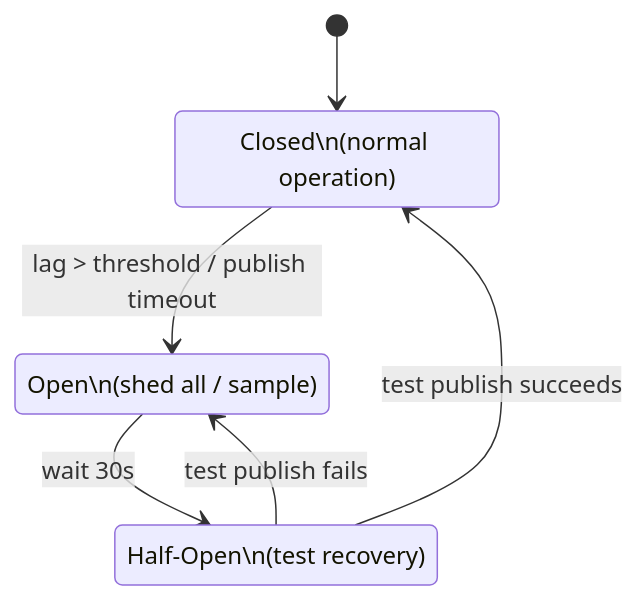
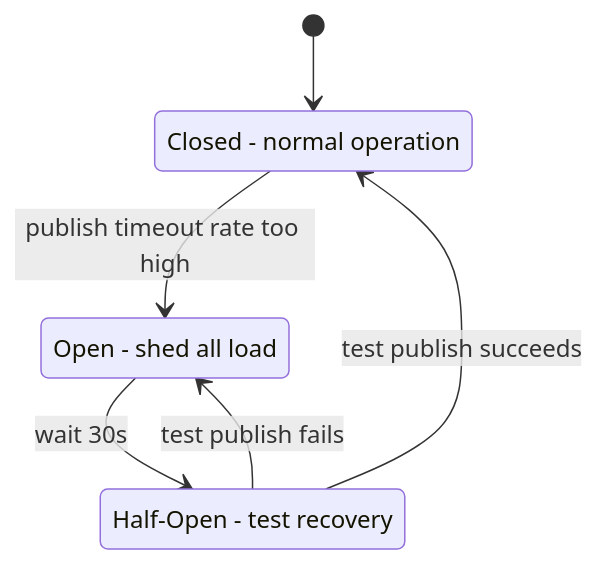
Before and after one commit to Dummy-Bug/system-design-handbook: the second of 2 diagrams in System Design/SDE2/06-Messaging-and-Event-Driven/14-Backpressure/04-Backpressure-Signals.md, drawn with Mermaid. The commit also changed other lines of this file and 12 other files, not shown here.

````diff
--- a/System Design/SDE2/06-Messaging-and-Event-Driven/14-Backpressure/04-Backpressure-Signals.md
+++ b/System Design/SDE2/06-Messaging-and-Event-Driven/14-Backpressure/04-Backpressure-Signals.md
@@ -73,12 +73,12 @@
 ```mermaid
 stateDiagram-v2
     [*] --> Closed
-    Closed --> Open: lag > threshold / publish timeout
+    Closed --> Open: publish timeout rate too high
     Open --> HalfOpen: wait 30s
     HalfOpen --> Closed: test publish succeeds
     HalfOpen --> Open: test publish fails
 
-    Closed: Closed\n(normal operation)
-    Open: Open\n(shed all / sample)
-    HalfOpen: Half-Open\n(test recovery)
+    Closed: Closed - normal operation
+    Open: Open - shed all load
+    HalfOpen: Half-Open - test recovery
 ```
````
